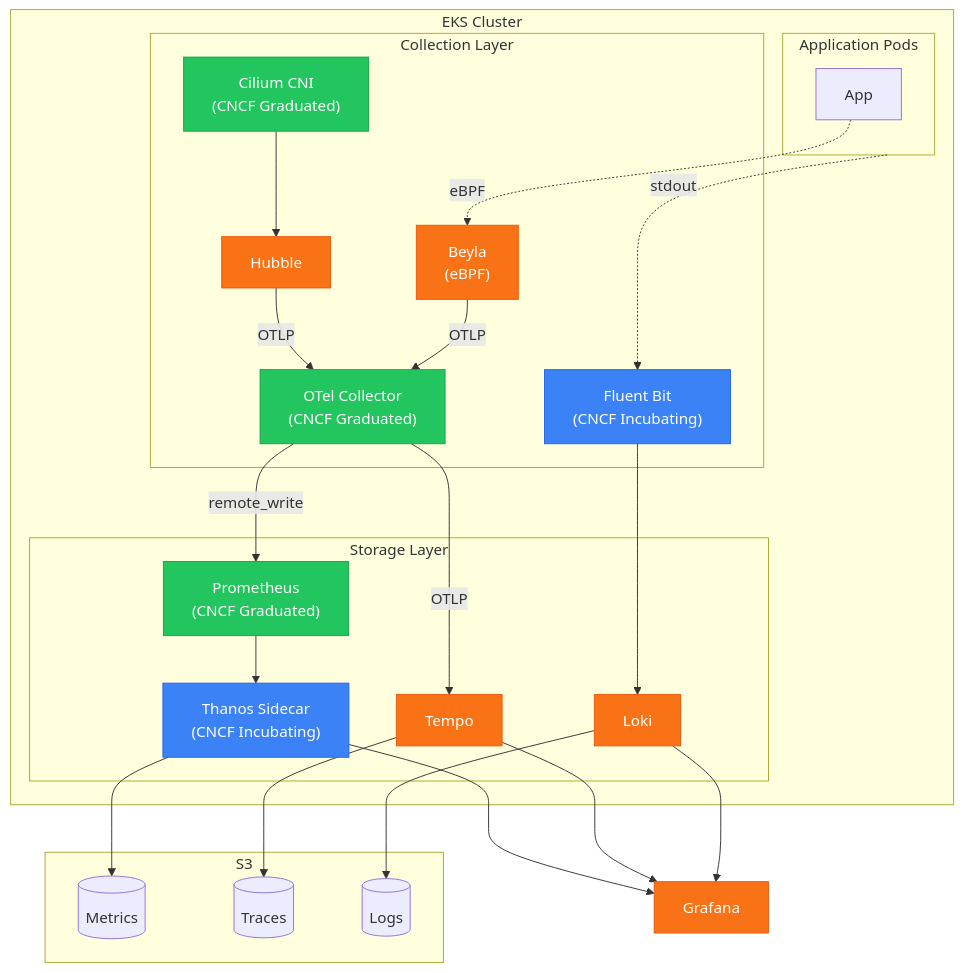
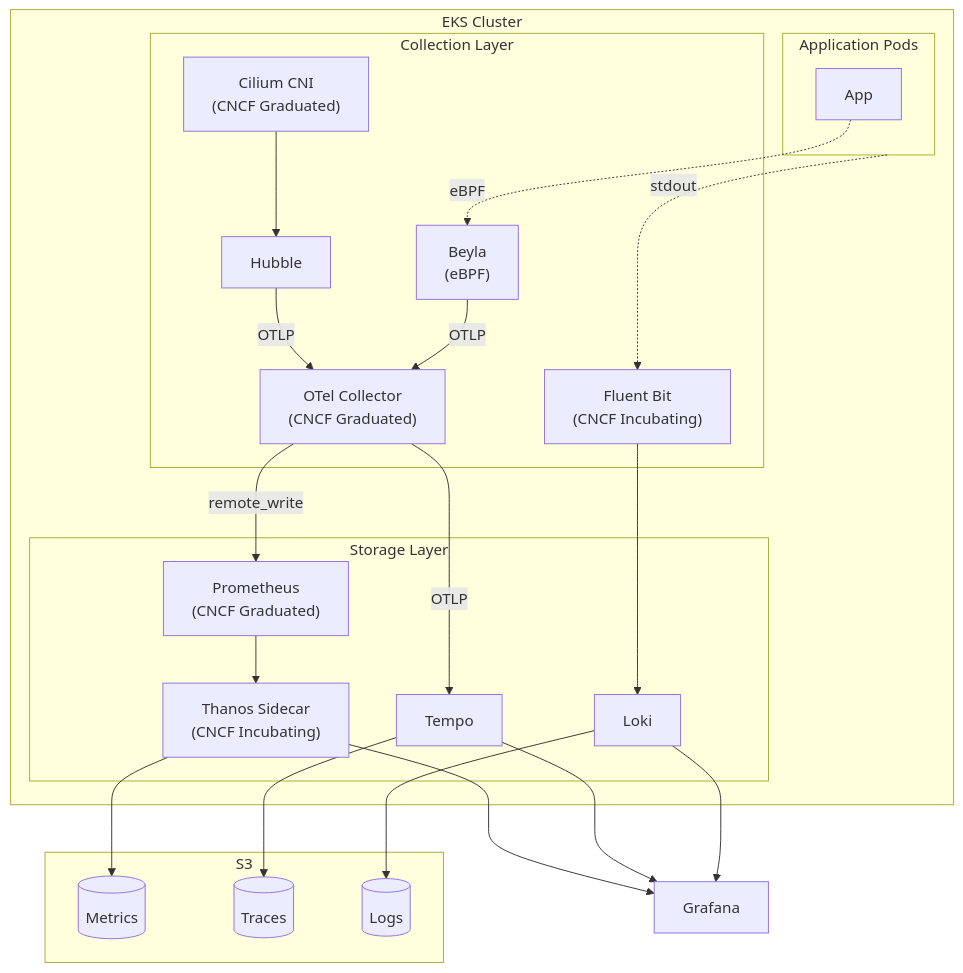
One commit to panicboat/platform changed the first of 3 diagrams in kubernetes/README.md. Above: the diagram before and after it, drawn with Mermaid. The commit also changed other lines of this file and 17 other files, not shown here.

````diff
--- a/kubernetes/README.md
+++ b/kubernetes/README.md
@@ -9,66 +9,58 @@
 ```mermaid
 flowchart TB
     subgraph EKS["EKS Cluster"]
         subgraph Apps["Application Pods"]
             App["App"]
         end
 
         subgraph Collection["Collection Layer"]
             Cilium["Cilium CNI<br/>(CNCF Graduated)"]
             Hubble["Hubble"]
             Beyla["Beyla<br/>(eBPF)"]
             OTelCol["OTel Collector<br/>(CNCF Graduated)"]
             FluentBit["Fluent Bit<br/>(CNCF Incubating)"]
         end
 
         subgraph Storage["Storage Layer"]
             Prometheus["Prometheus<br/>(CNCF Graduated)"]
             Thanos["Thanos Sidecar<br/>(CNCF Incubating)"]
             Tempo["Tempo"]
             Loki["Loki"]
         end
     end
 
     subgraph S3["S3"]
         S3Thanos[("Metrics")]
         S3Tempo[("Traces")]
         S3Loki[("Logs")]
     end
 
     Grafana["Grafana"]
 
     %% Network
     Cilium --> Hubble
 
     %% All telemetry → OTel Collector
     Hubble -->|OTLP| OTelCol
     App -.->|eBPF| Beyla
     Beyla -->|OTLP| OTelCol
 
     %% OTel Collector → Backends
     OTelCol -->|remote_write| Prometheus
     OTelCol -->|OTLP| Tempo
 
     %% Logs
     Apps -.->|stdout| FluentBit
     FluentBit --> Loki
 
     %% Long-term storage
     Prometheus --> Thanos
     Thanos --> S3Thanos
     Tempo --> S3Tempo
     Loki --> S3Loki
 
     %% Visualization
     Thanos --> Grafana
     Tempo --> Grafana
     Loki --> Grafana
-
-    classDef graduated fill:#22c55e,stroke:#16a34a,color:#fff
-    classDef incubating fill:#3b82f6,stroke:#2563eb,color:#fff
-    classDef grafana fill:#f97316,stroke:#ea580c,color:#fff
-
-    class Prometheus,OTelCol,Cilium graduated
-    class Thanos,FluentBit incubating
-    class Tempo,Loki,Grafana,Beyla,Hubble grafana
 ```
````
